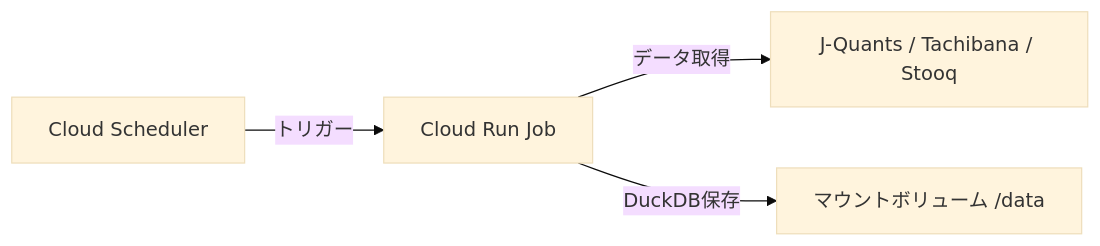
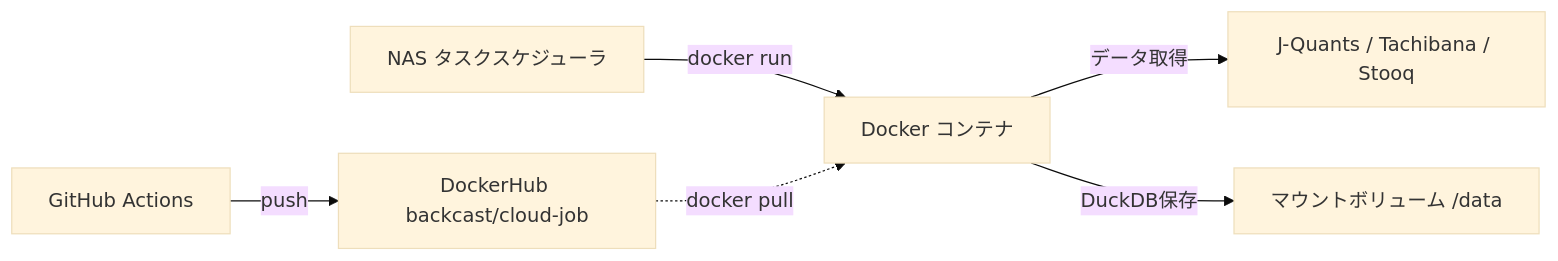
Before and after one commit to botterYosuke/BackcastPro: the diagram in docs/cloud-run-updater.md, drawn with Mermaid (base theme). The commit also changed other lines of this file and 14 other files, not shown here.

````diff
--- a/docs/cloud-run-updater.md
+++ b/docs/cloud-run-updater.md
@@ -14,6 +16,8 @@
 ```mermaid
 graph LR
-    A[Cloud Scheduler] -->|トリガー| B[Cloud Run Job]
+    G[GitHub Actions] -->|push| H[DockerHub backcast/cloud-job]
+    A[NAS タスクスケジューラ] -->|docker run| B[Docker コンテナ]
+    H -.->|docker pull| B
     B -->|データ取得| C[J-Quants / Tachibana / Stooq]
     B -->|DuckDB保存| D[マウントボリューム /data]
 ```
````
